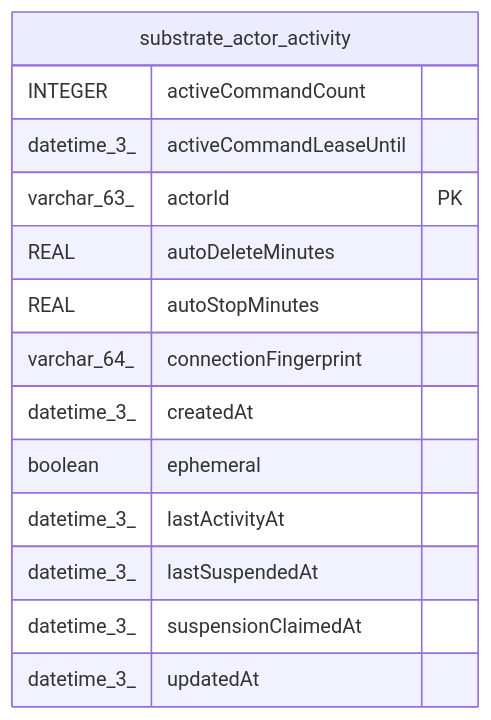
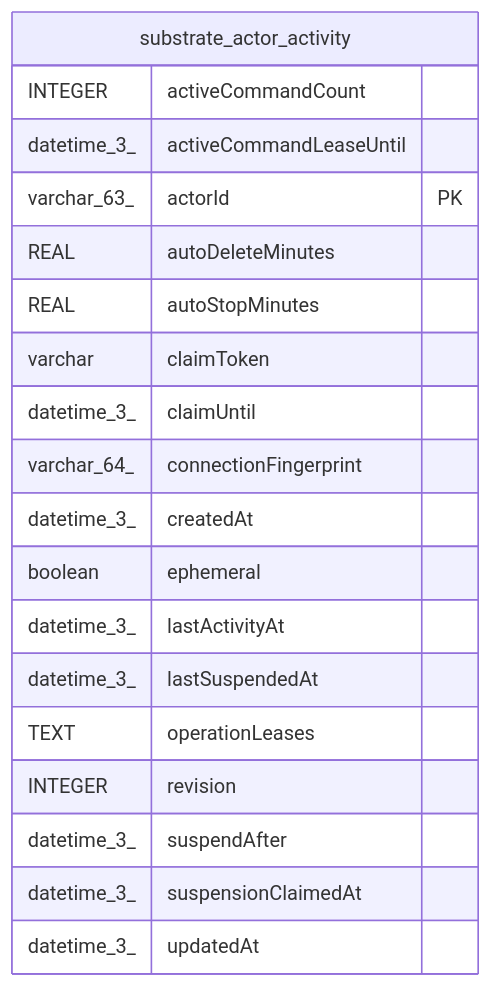
Before and after one commit to jseguillon/n8n: the diagram in docs/generated/sqlite-schema/substrate_actor_activity.md, drawn with Mermaid. The commit also changed other lines of this file and 29 other files, not shown here.

Commit message:
refactor(agents): Coordinate Substrate operation leases (no-changelog)

````diff
--- a/docs/generated/sqlite-schema/substrate_actor_activity.md
+++ b/docs/generated/sqlite-schema/substrate_actor_activity.md
@@ -47,19 +52,24 @@
 ```mermaid
 erDiagram
 
 
 "substrate_actor_activity" {
   INTEGER activeCommandCount
   datetime_3_ activeCommandLeaseUntil
   varchar_63_ actorId PK
   REAL autoDeleteMinutes
   REAL autoStopMinutes
+  varchar claimToken
+  datetime_3_ claimUntil
   varchar_64_ connectionFingerprint
   datetime_3_ createdAt
   boolean ephemeral
   datetime_3_ lastActivityAt
   datetime_3_ lastSuspendedAt
+  TEXT operationLeases
+  INTEGER revision
+  datetime_3_ suspendAfter
   datetime_3_ suspensionClaimedAt
   datetime_3_ updatedAt
 }
 ```
````
